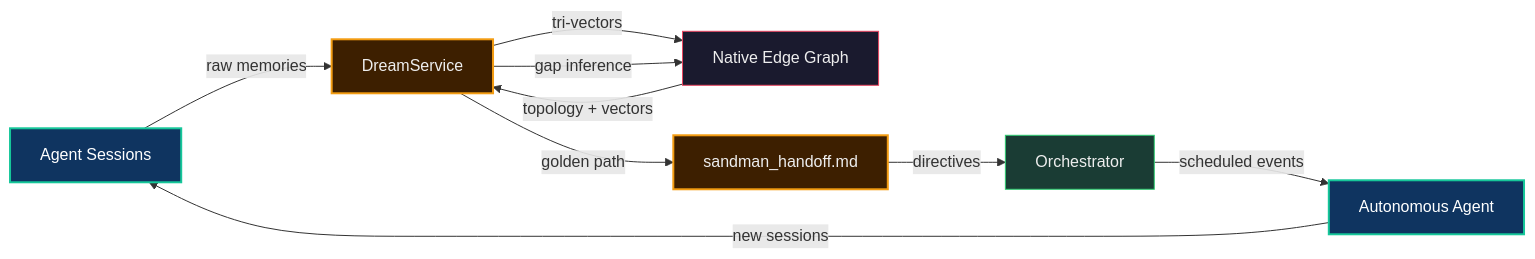
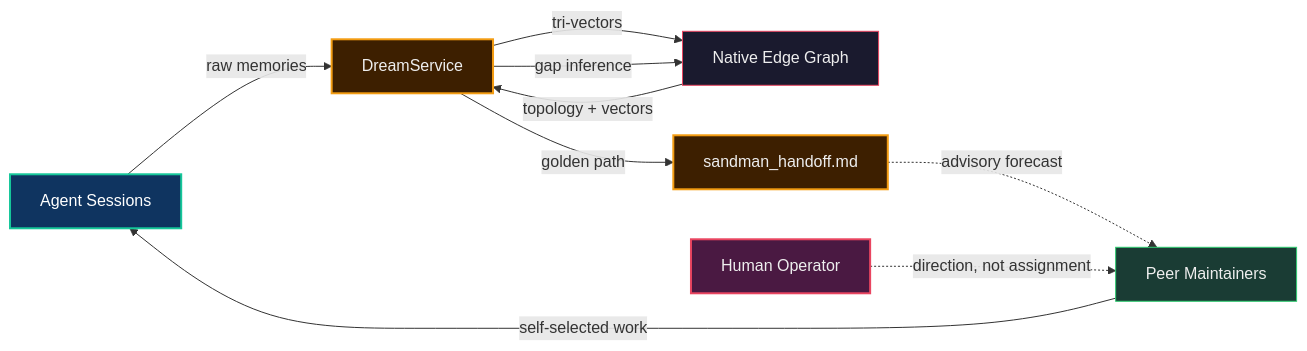
The second of 2 diagrams in learn/agentos/DreamPipeline.md (neomjs/neo), drawn with Mermaid before and after one commit. The commit also changed other lines of this file and 1 other file, not shown here.

Commit message:
docs: reframe closed-loop diagrams to advisory Golden Path + peer self-selection (#12662)

````diff
--- a/learn/agentos/DreamPipeline.md
+++ b/learn/agentos/DreamPipeline.md
@@ -344,23 +344,24 @@
 ```mermaid
 flowchart LR
     classDef session fill:#0f3460,stroke:#16c79a,stroke-width:2px,color:#fff
     classDef dream fill:#3d1f00,stroke:#f39c12,stroke-width:2px,color:#eee
     classDef db fill:#1a1a2e,stroke:#e94560,stroke-width:1px,color:#eee
-    classDef orch fill:#1a3c34,stroke:#2ecc71,stroke-width:1px,color:#eee
+    classDef peer fill:#1a3c34,stroke:#2ecc71,stroke-width:1px,color:#eee
+    classDef human fill:#4a1942,stroke:#e94560,stroke-width:2px,color:#eee
 
     Sessions["Agent Sessions"]:::session
     Dream["DreamService"]:::dream
     Graph["Native Edge Graph"]:::db
     Handoff["sandman_handoff.md"]:::dream
-    Orch["Orchestrator"]:::orch
-    Agent["Autonomous Agent"]:::session
+    Peers["Peer Maintainers"]:::peer
+    Operator["Human Operator"]:::human
 
     Sessions -->|"raw memories"| Dream
     Dream -->|"tri-vectors"| Graph
     Dream -->|"gap inference"| Graph
     Dream -->|"golden path"| Handoff
     Graph -->|"topology + vectors"| Dream
-    Handoff -->|"directives"| Orch
-    Orch -->|"scheduled events"| Agent
-    Agent -->|"new sessions"| Sessions
+    Handoff -.->|"advisory forecast"| Peers
+    Operator -.->|"direction, not assignment"| Peers
+    Peers -->|"self-selected work"| Sessions
 ```
````
